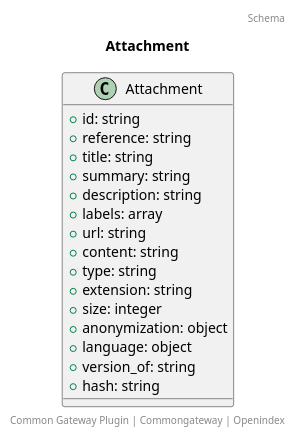
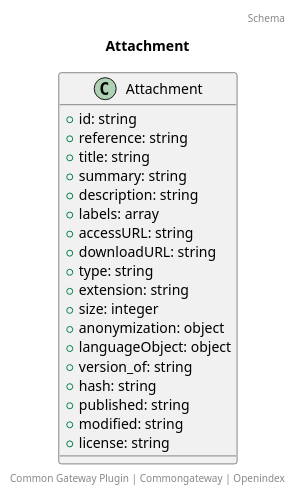
The diagram in docs/schema/Attachment.puml (CommonGateway/OpenIndex), drawn with PlantUML before and after one commit. The commit also changed 28 other files, not shown here.

```diff
--- a/docs/schema/Attachment.puml
+++ b/docs/schema/Attachment.puml
@@ -1,23 +1,26 @@
 @startuml
 title: Attachment
 footer: Common Gateway Plugin | Commongateway | Openindex 
 header: Schema
 
 class Attachment {
   + id: string
   + reference: string
   + title: string
   + summary: string
   + description: string
   + labels: array
-  + url: string
-  + content: string
+  + accessURL: string
+  + downloadURL: string
   + type: string
   + extension: string
   + size: integer
   + anonymization: object
-  + language: object
+  + languageObject: object
   + version_of: string
   + hash: string
+  + published: string
+  + modified: string
+  + license: string
 }
 @enduml
```
